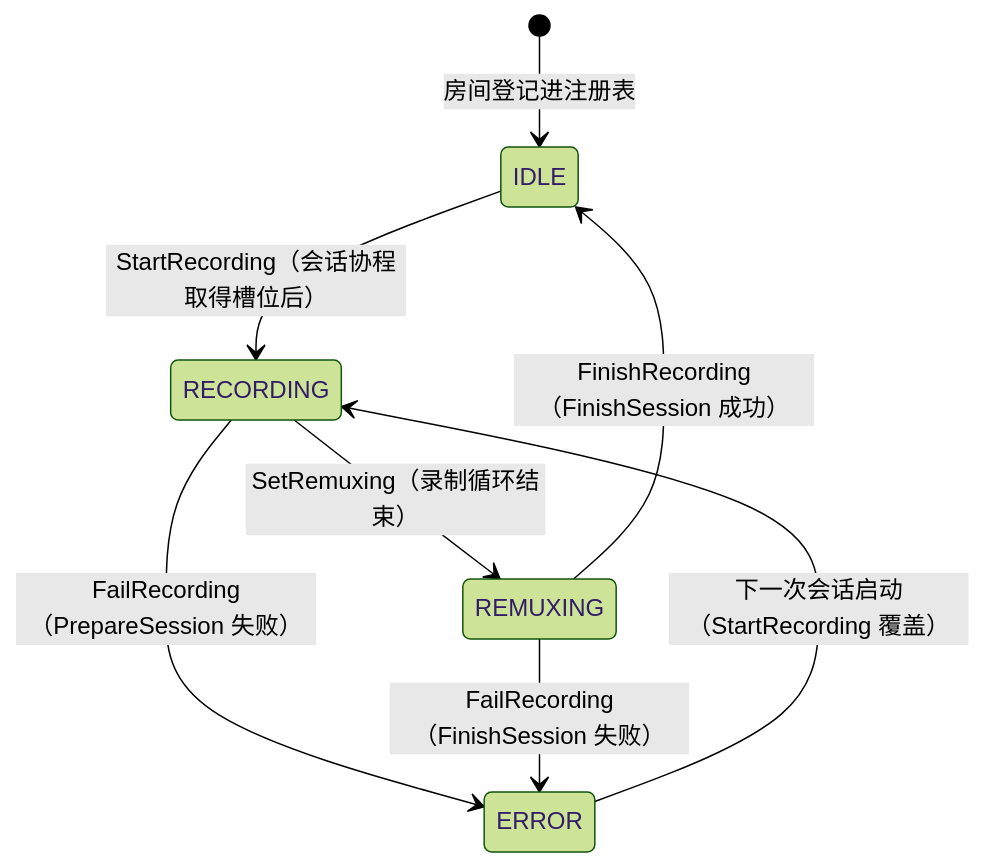
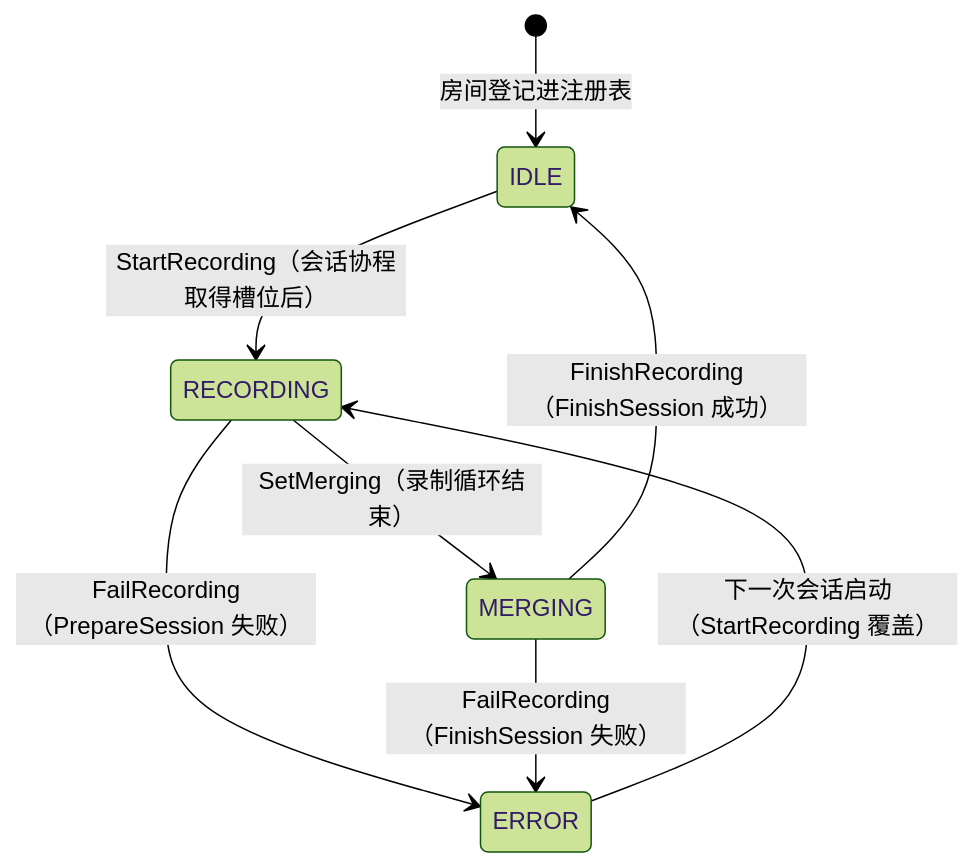
Before and after one commit to xgbt/suika: the seventh of 10 diagrams in docs/design/architecture-diagrams.md, drawn with Mermaid (forest theme). The commit also changed other lines of this file and 34 other files, not shown here.

First line of the commit message:
Refactor recording and merging logic

````diff
--- a/docs/design/architecture-diagrams.md
+++ b/docs/design/architecture-diagrams.md
@@ -331,10 +327,10 @@
 ```mermaid
 stateDiagram-v2
     [*] --> IDLE : 房间登记进注册表
     IDLE --> RECORDING : StartRecording（会话协程取得槽位后）
-    RECORDING --> REMUXING : SetRemuxing（录制循环结束）
-    REMUXING --> IDLE : FinishRecording（FinishSession 成功）
+    RECORDING --> MERGING : SetMerging（录制循环结束）
+    MERGING --> IDLE : FinishRecording（FinishSession 成功）
     RECORDING --> ERROR : FailRecording（PrepareSession 失败）
-    REMUXING --> ERROR : FailRecording（FinishSession 失败）
+    MERGING --> ERROR : FailRecording（FinishSession 失败）
     ERROR --> RECORDING : 下一次会话启动（StartRecording 覆盖）
 ```
````
